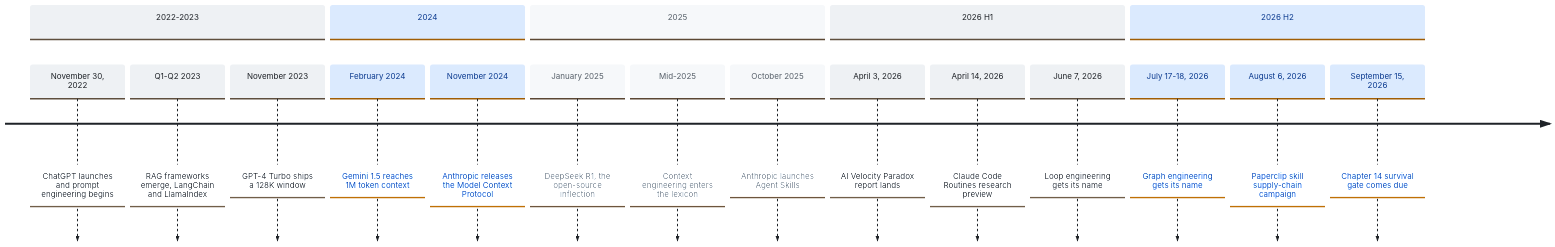
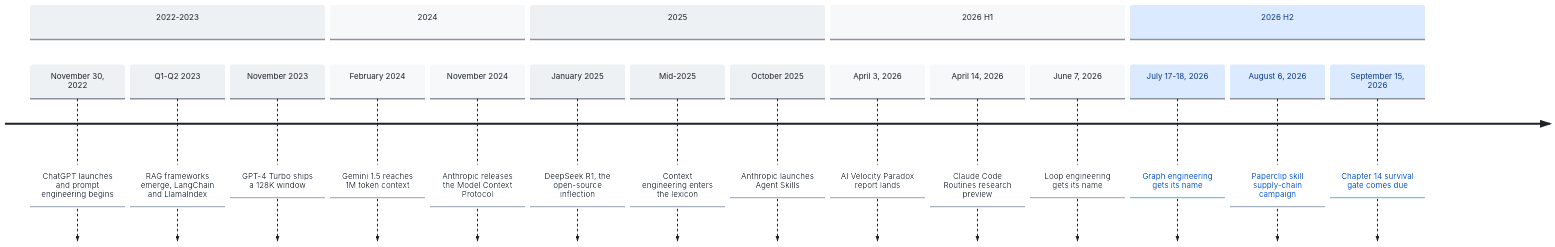
Before and after one commit to kennethlaw325/awesome-llm-knowledge-systems: the diagram in chapters/11-timeline.md, drawn with Mermaid. The commit also changed 11 other files, not shown here.

First line of the commit message:
Visual roll-out: apply cross-family review (5 blocker, 8 major) and timeline palette

````diff
--- a/chapters/11-timeline.md
+++ b/chapters/11-timeline.md
@@ -11,23 +11,23 @@
 ```mermaid
-%%{init: {'theme':'base','themeVariables':{'primaryColor':'#eef1f4','primaryTextColor':'#1f2328','primaryBorderColor':'#8c959f','lineColor':'#6b7280','tertiaryColor':'#f6f8fa','clusterBkg':'#f9fafb','clusterBorder':'#8c959f','edgeLabelBackground':'#ffffff','cScale0':'#eef1f4','cScale1':'#dbeafe','cScale2':'#f6f8fa','cScale3':'#eef1f4','cScale4':'#dbeafe','cScaleLabel0':'#1f2328','cScaleLabel1':'#0b3a8f','cScaleLabel2':'#57606a','cScaleLabel3':'#1f2328','cScaleLabel4':'#0b3a8f'}}}%%
+%%{init: {'theme':'base','themeVariables':{'primaryColor':'#eef1f4','primaryTextColor':'#1f2328','primaryBorderColor':'#8c959f','lineColor':'#6b7280','tertiaryColor':'#f6f8fa','clusterBkg':'#f9fafb','clusterBorder':'#8c959f','edgeLabelBackground':'#ffffff','cScale0':'#eef1f4','cScale1':'#f6f8fa','cScale2':'#eef1f4','cScale3':'#f6f8fa','cScale4':'#dbeafe','cScaleLabel0':'#1f2328','cScaleLabel1':'#1f2328','cScaleLabel2':'#1f2328','cScaleLabel3':'#1f2328','cScaleLabel4':'#0b3a8f','cScalePeer0':'#f6f8fa','cScalePeer1':'#eef1f4','cScalePeer2':'#f6f8fa','cScalePeer3':'#eef1f4','cScalePeer4':'#dbeafe','cScaleInv0':'#8c959f','cScaleInv1':'#8c959f','cScaleInv2':'#8c959f','cScaleInv3':'#8c959f','cScaleInv4':'#8c959f'}}}%%
 timeline
     section 2022-2023
         November 30, 2022 : ChatGPT launches and prompt engineering begins
         Q1-Q2 2023 : RAG frameworks emerge, LangChain and LlamaIndex
         November 2023 : GPT-4 Turbo ships a 128K window
     section 2024
         February 2024 : Gemini 1.5 reaches 1M token context
         November 2024 : Anthropic releases the Model Context Protocol
     section 2025
         January 2025 : DeepSeek R1, the open-source inflection
         Mid-2025 : Context engineering enters the lexicon
         October 2025 : Anthropic launches Agent Skills
     section 2026 H1
         April 3, 2026 : AI Velocity Paradox report lands
         April 14, 2026 : Claude Code Routines research preview
         June 7, 2026 : Loop engineering gets its name
     section 2026 H2
         July 17-18, 2026 : Graph engineering gets its name
         August 6, 2026 : Paperclip skill supply-chain campaign
         September 15, 2026 : Chapter 14 survival gate comes due
 ```
````
